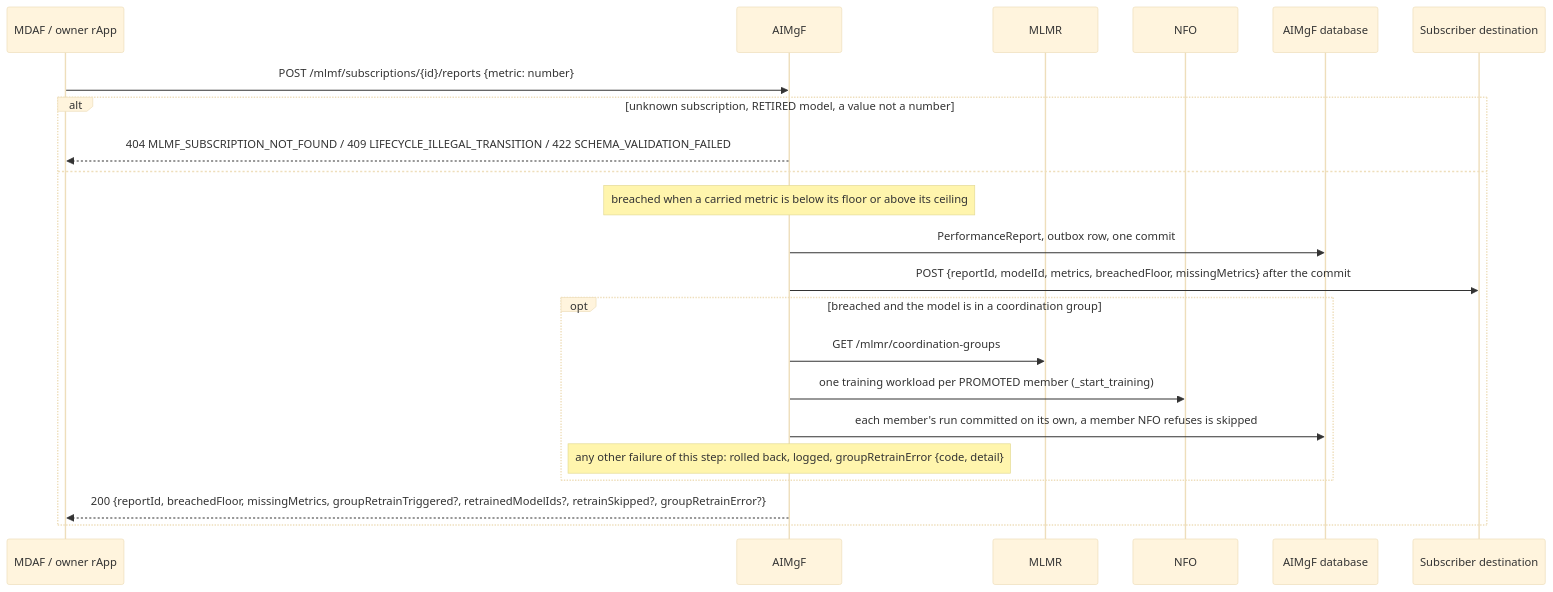
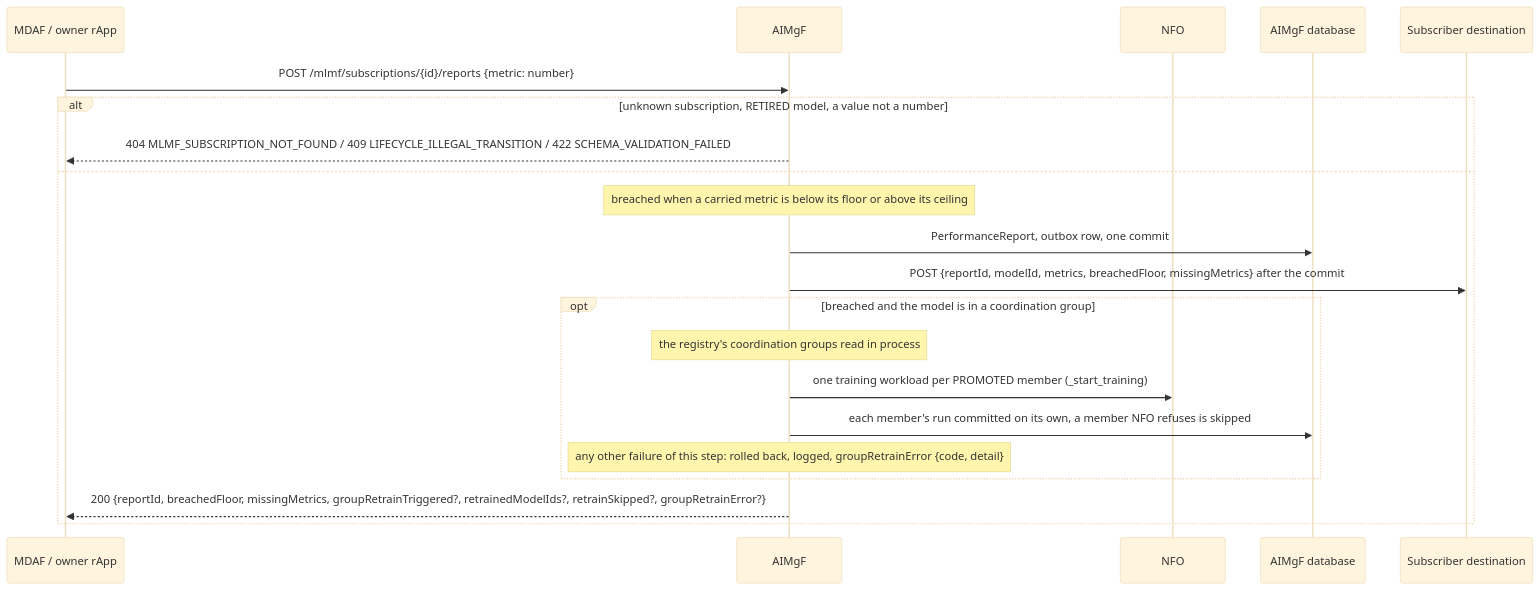
Before and after one commit to rsys-bshankar/ai-ran-smo: the fourth of 8 diagrams in smo/aimgf/docs/lifecycle.md, drawn with Mermaid (base theme). The commit also changed other lines of this file and 265 other files, not shown here.

````diff
--- a/smo/aimgf/docs/lifecycle.md
+++ b/smo/aimgf/docs/lifecycle.md
@@ -137,25 +139,24 @@
 ```mermaid
 sequenceDiagram
     participant P as MDAF / owner rApp
     participant A as AIMgF
-    participant M as MLMR
     participant N as NFO
     participant DB as AIMgF database
     participant S as Subscriber destination
 
     P->>A: POST /mlmf/subscriptions/{id}/reports {metric: number}
     alt unknown subscription, RETIRED model, a value not a number
         A-->>P: 404 MLMF_SUBSCRIPTION_NOT_FOUND / 409 LIFECYCLE_ILLEGAL_TRANSITION / 422 SCHEMA_VALIDATION_FAILED
     else
         Note over A: breached when a carried metric is below its floor or above its ceiling
         A->>DB: PerformanceReport, outbox row, one commit
         A->>S: POST {reportId, modelId, metrics, breachedFloor, missingMetrics} after the commit
         opt breached and the model is in a coordination group
-            A->>M: GET /mlmr/coordination-groups
+            Note over A: the registry's coordination groups read in process
             A->>N: one training workload per PROMOTED member (_start_training)
             A->>DB: each member's run committed on its own, a member NFO refuses is skipped
             Note over A: any other failure of this step: rolled back, logged, groupRetrainError {code, detail}
         end
         A-->>P: 200 {reportId, breachedFloor, missingMetrics, groupRetrainTriggered?, retrainedModelIds?, retrainSkipped?, groupRetrainError?}
     end
 ```
````
